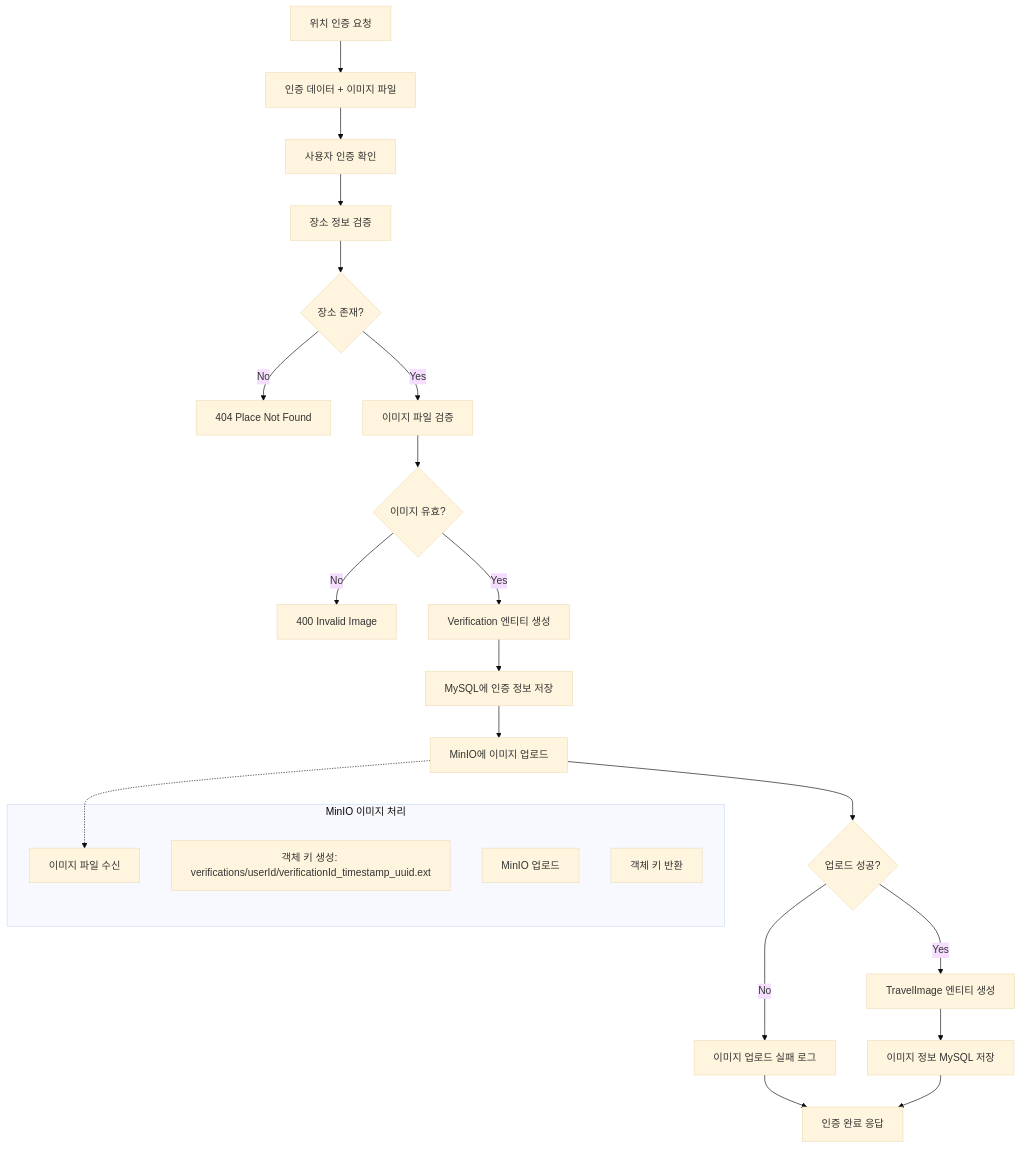
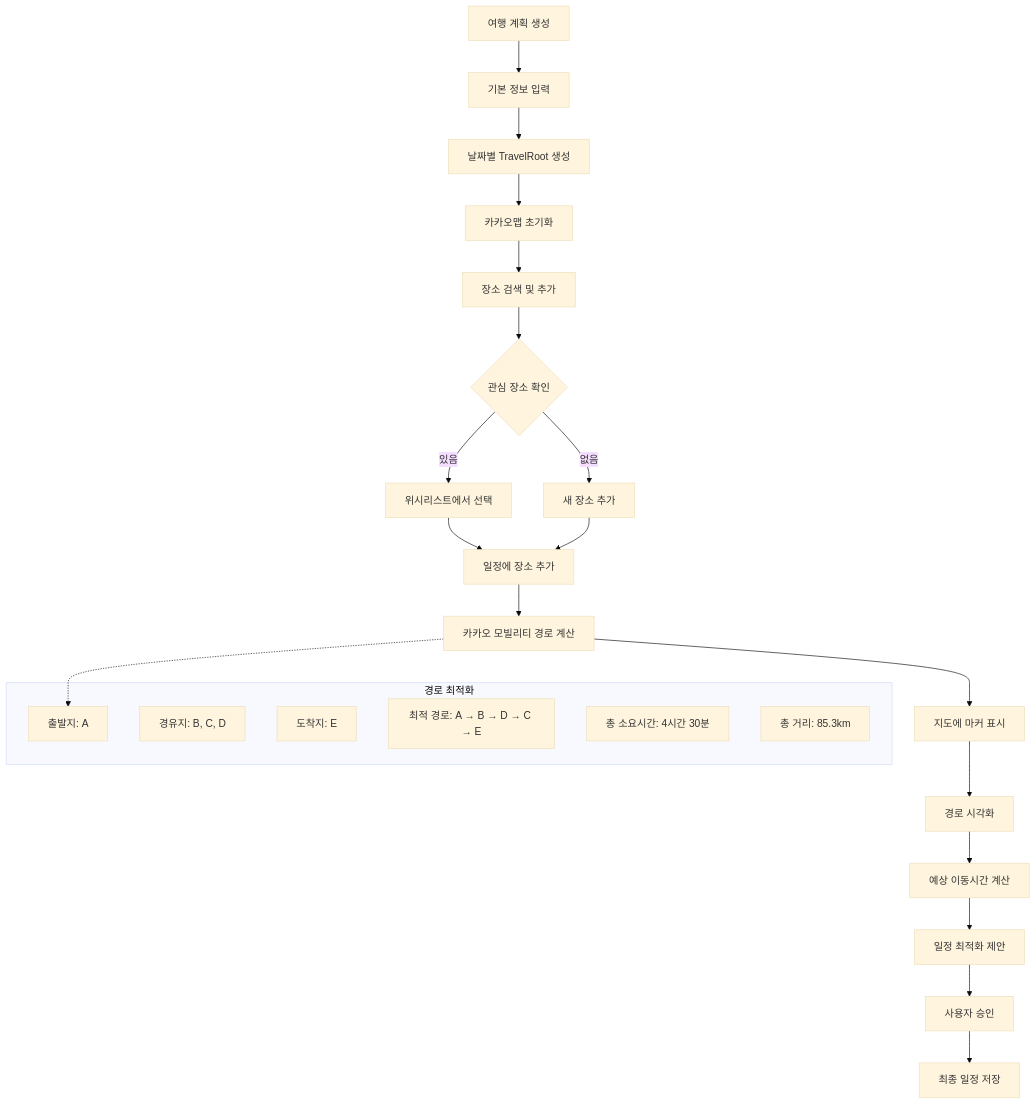
One commit to LOG-O-202505/LOG-O-vue changed the third of 3 diagrams in README.md. Above: the diagram before and after it, drawn with Mermaid (base theme). The commit also changed other lines of this file, not shown here.

````diff
--- a/README.md
+++ b/README.md
@@ -203,34 +164,34 @@
 ```mermaid
 flowchart TD
-    A[위치 인증 요청] --> B[인증 데이터 + 이미지 파일]
-    B --> C[사용자 인증 확인]
-    C --> D[장소 정보 검증]
+    A[여행 계획 생성] --> B[기본 정보 입력]
+    B --> C[날짜별 TravelRoot 생성]
+    C --> D[카카오맵 초기화]
     
-    D --> E{장소 존재?}
-    E -->|No| F[404 Place Not Found]
-    E -->|Yes| G[이미지 파일 검증]
+    D --> E[장소 검색 및 추가]
+    E --> F{관심 장소 확인}
+    F -->|있음| G[위시리스트에서 선택]
+    F -->|없음| H[새 장소 추가]
     
-    G --> H{이미지 유효?}
-    H -->|No| I[400 Invalid Image]
-    H -->|Yes| J[Verification 엔티티 생성]
+    G --> I[일정에 장소 추가]
+    H --> I
+    I --> J[카카오 모빌리티 경로 계산]
     
-    J --> K[MySQL에 인증 정보 저장]
-    K --> L[MinIO에 이미지 업로드]
+    J --> K[지도에 마커 표시]
+    K --> L[경로 시각화]
+    L --> M[예상 이동시간 계산]
     
-    L --> M{업로드 성공?}
-    M -->|No| N[이미지 업로드 실패 로그]
-    M -->|Yes| O[TravelImage 엔티티 생성]
+    M --> N[일정 최적화 제안]
+    N --> O[사용자 승인]
+    O --> P[최종 일정 저장]
     
-    O --> P[이미지 정보 MySQL 저장]
-    N --> Q[인증 완료 응답]
-    P --> Q
-    
-    subgraph "MinIO 이미지 처리"
-        R[이미지 파일 수신]
-        S[객체 키 생성: verifications/userId/verificationId_timestamp_uuid.ext]
-        T[MinIO 업로드]
-        U[객체 키 반환]
+    subgraph "경로 최적화"
+        Q[출발지: A]
+        R[경유지: B, C, D]
+        S[도착지: E]
+        T[최적 경로: A → B → D → C → E]
+        U[총 소요시간: 4시간 30분]
+        V[총 거리: 85.3km]
     end
     
-    L -.-> R
+    J -.-> Q
 ```
````
